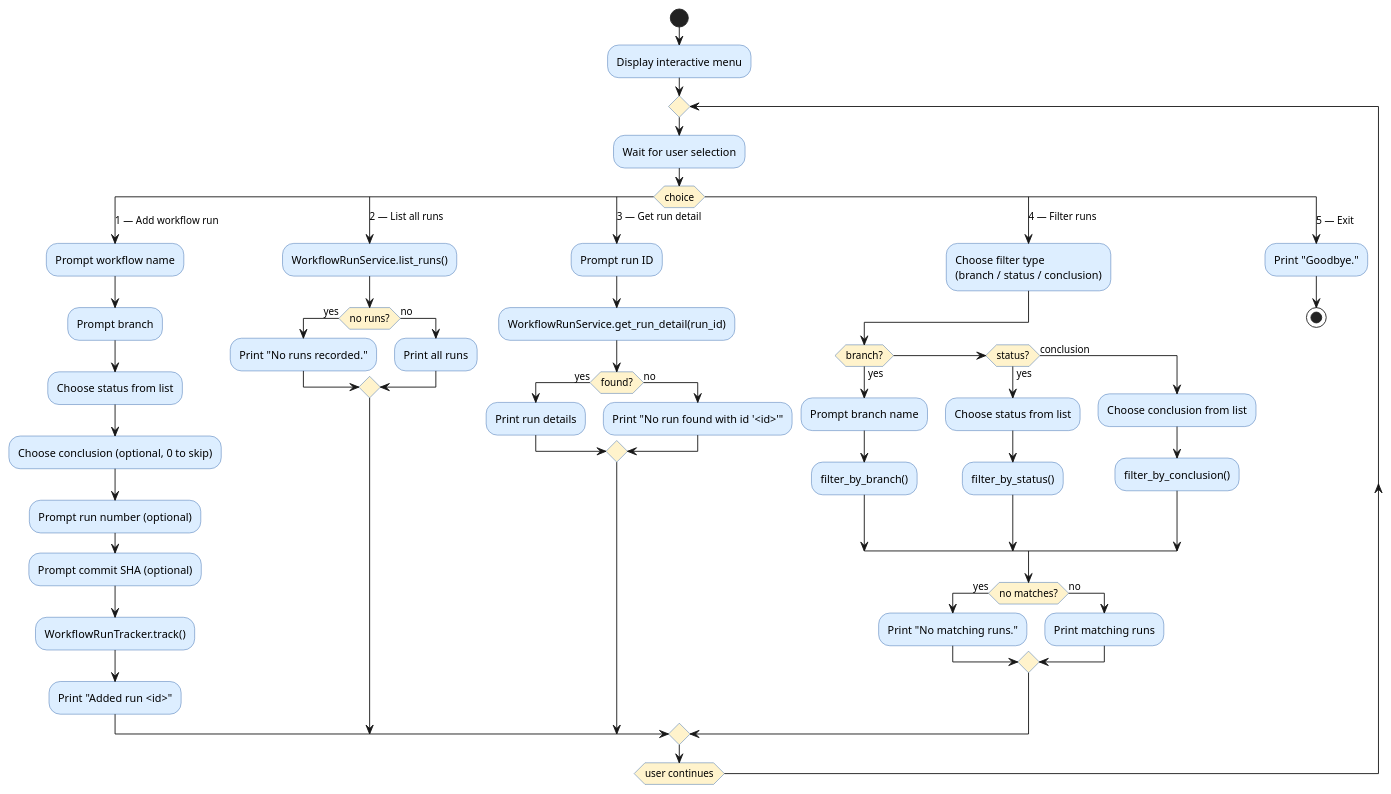
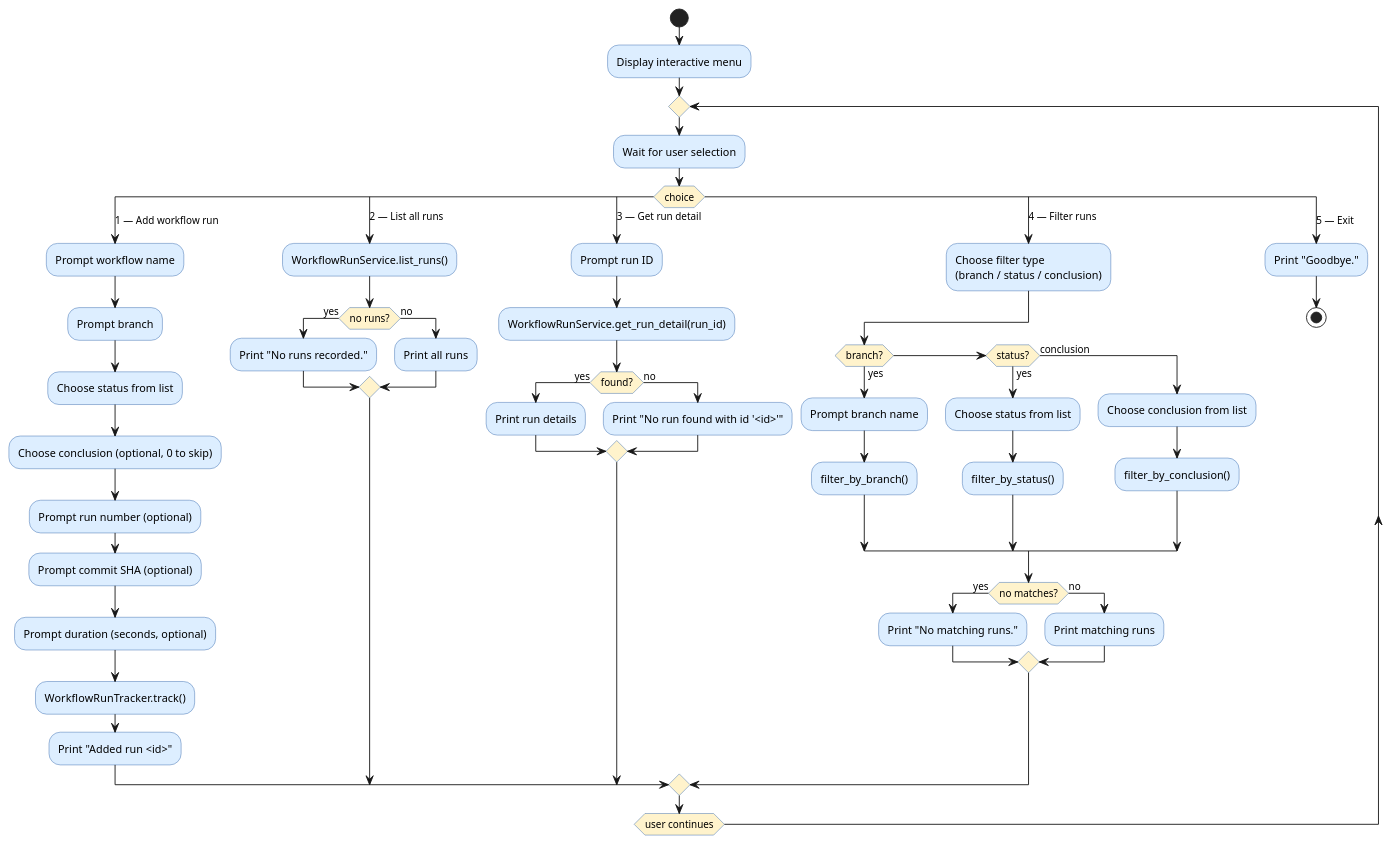
The diagram in experiments/pipeline/test_driven/github-workflow-manager/artifacts/activity_diagram_interactive.puml (DanielRiha8906/Software_autoevolution_using_agents), drawn with PlantUML before and after one commit. The commit also changed 8 other files, not shown here.

First line of the commit message:
task 01 | add duration_seconds to WorkflowRun model

```diff
--- a/experiments/pipeline/test_driven/github-workflow-manager/artifacts/activity_diagram_interactive.puml
+++ b/experiments/pipeline/test_driven/github-workflow-manager/artifacts/activity_diagram_interactive.puml
@@ -1,70 +1,71 @@
 @startuml activity_diagram_interactive
 
 skinparam activityBackgroundColor #DDEEFF
 skinparam activityBorderColor     #3366AA
 skinparam activityDiamondBackgroundColor #FFF3CC
 
 start
 
 :Display interactive menu;
 
 repeat
 
   :Wait for user selection;
 
   switch (choice)
 
     case (1 — Add workflow run)
       :Prompt workflow name;
       :Prompt branch;
       :Choose status from list;
       :Choose conclusion (optional, 0 to skip);
       :Prompt run number (optional);
       :Prompt commit SHA (optional);
+      :Prompt duration (seconds, optional);
       :WorkflowRunTracker.track();
       :Print "Added run <id>";
 
     case (2 — List all runs)
       :WorkflowRunService.list_runs();
       if (no runs?) then (yes)
         :Print "No runs recorded.";
       else (no)
         :Print all runs;
       endif
 
     case (3 — Get run detail)
       :Prompt run ID;
       :WorkflowRunService.get_run_detail(run_id);
       if (found?) then (yes)
         :Print run details;
       else (no)
         :Print "No run found with id '<id>'";
       endif
 
     case (4 — Filter runs)
       :Choose filter type\n(branch / status / conclusion);
       if (branch?) then (yes)
         :Prompt branch name;
         :filter_by_branch();
       elseif (status?) then (yes)
         :Choose status from list;
         :filter_by_status();
       else (conclusion)
         :Choose conclusion from list;
         :filter_by_conclusion();
       endif
       if (no matches?) then (yes)
         :Print "No matching runs.";
       else (no)
         :Print matching runs;
       endif
 
     case (5 — Exit)
       :Print "Goodbye.";
       stop
 
   endswitch
 
 repeat while (user continues)
 
 @enduml
```
